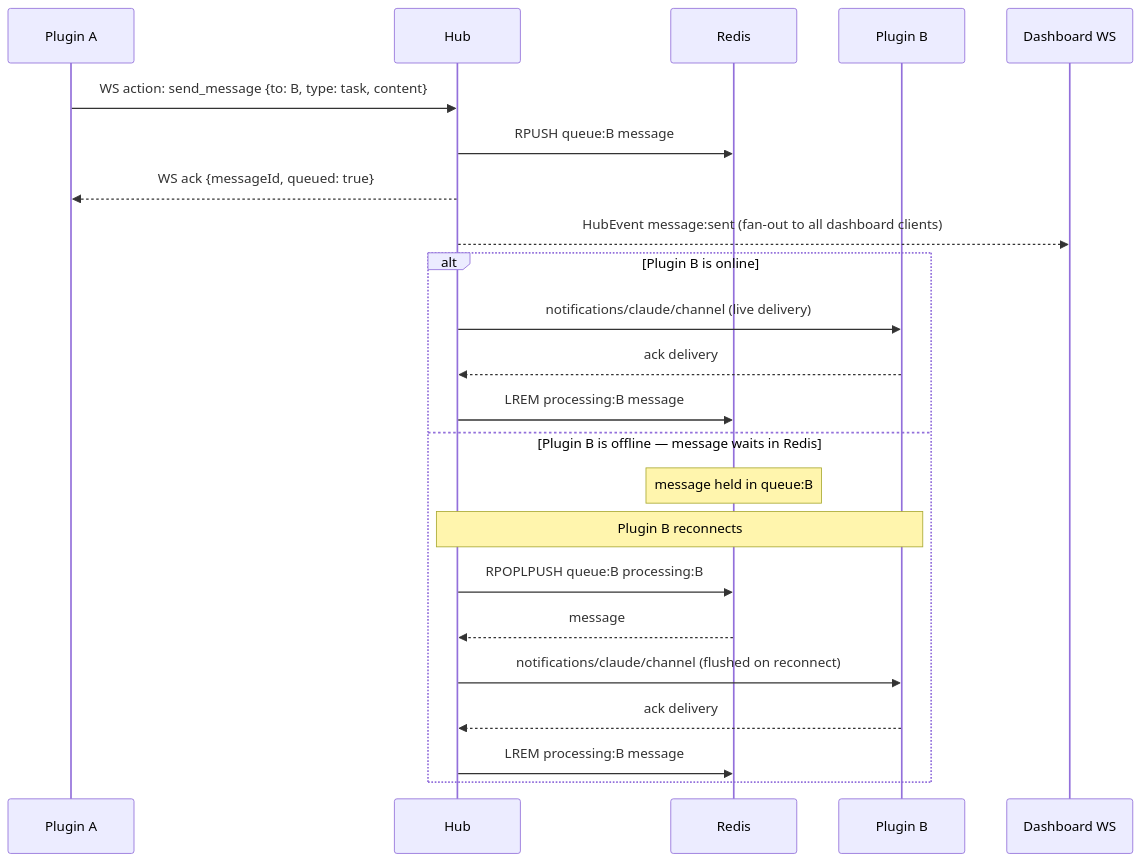
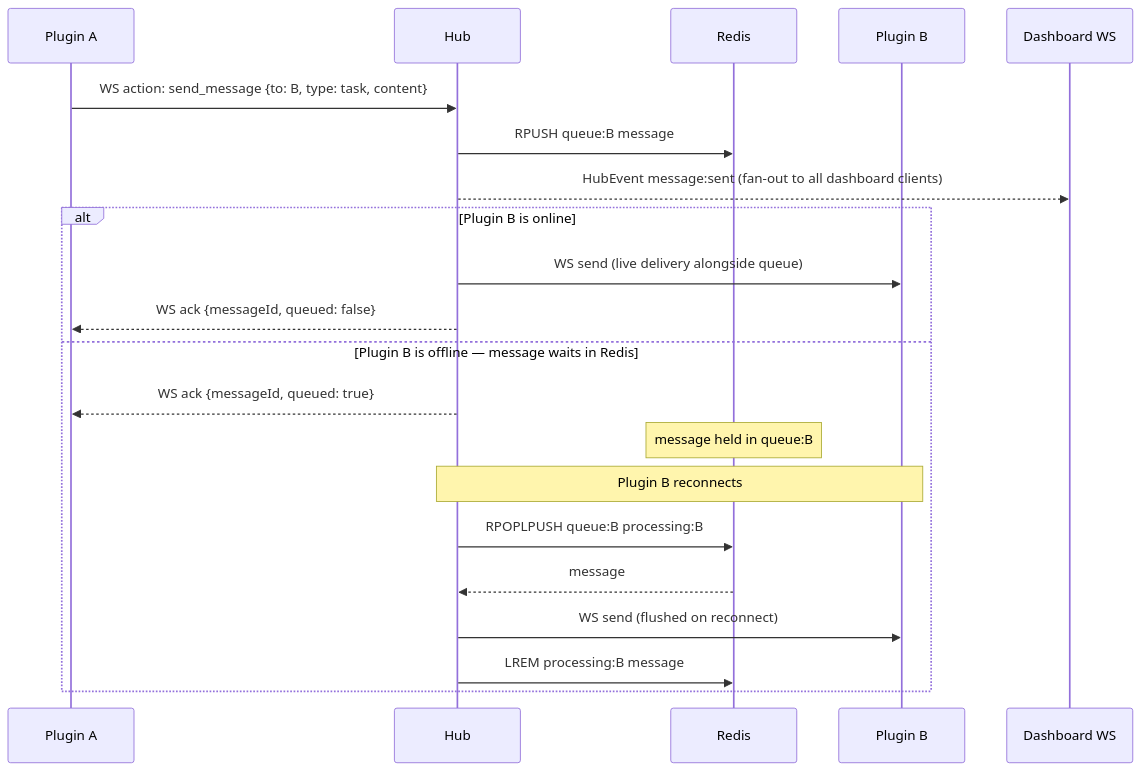
One commit to paulrobello/cc2cc changed the third of 3 diagrams in docs/ARCHITECTURE.md. Above: the diagram before and after it, drawn with Mermaid. The commit also changed other lines of this file and 3 other files, not shown here.

First line of the commit message:
docs: restructure README, sync architecture, add marketplace and release announcement

````diff
--- a/docs/ARCHITECTURE.md
+++ b/docs/ARCHITECTURE.md
@@ -201,27 +206,25 @@
 ```mermaid
 sequenceDiagram
     participant PA as Plugin A
     participant HUB as Hub
     participant REDIS as Redis
     participant PB as Plugin B
     participant DB as Dashboard WS
 
     PA->>HUB: WS action: send_message {to: B, type: task, content}
     HUB->>REDIS: RPUSH queue:B message
-    HUB-->>PA: WS ack {messageId, queued: true}
     HUB-->>DB: HubEvent message:sent (fan-out to all dashboard clients)
 
     alt Plugin B is online
-        HUB->>PB: notifications/claude/channel (live delivery)
-        PB-->>HUB: ack delivery
-        HUB->>REDIS: LREM processing:B message
+        HUB->>PB: WS send (live delivery alongside queue)
+        HUB-->>PA: WS ack {messageId, queued: false}
     else Plugin B is offline — message waits in Redis
+        HUB-->>PA: WS ack {messageId, queued: true}
         Note over REDIS: message held in queue:B
         Note over PB,HUB: Plugin B reconnects
         HUB->>REDIS: RPOPLPUSH queue:B processing:B
         REDIS-->>HUB: message
-        HUB->>PB: notifications/claude/channel (flushed on reconnect)
-        PB-->>HUB: ack delivery
+        HUB->>PB: WS send (flushed on reconnect)
         HUB->>REDIS: LREM processing:B message
     end
 ```
````
